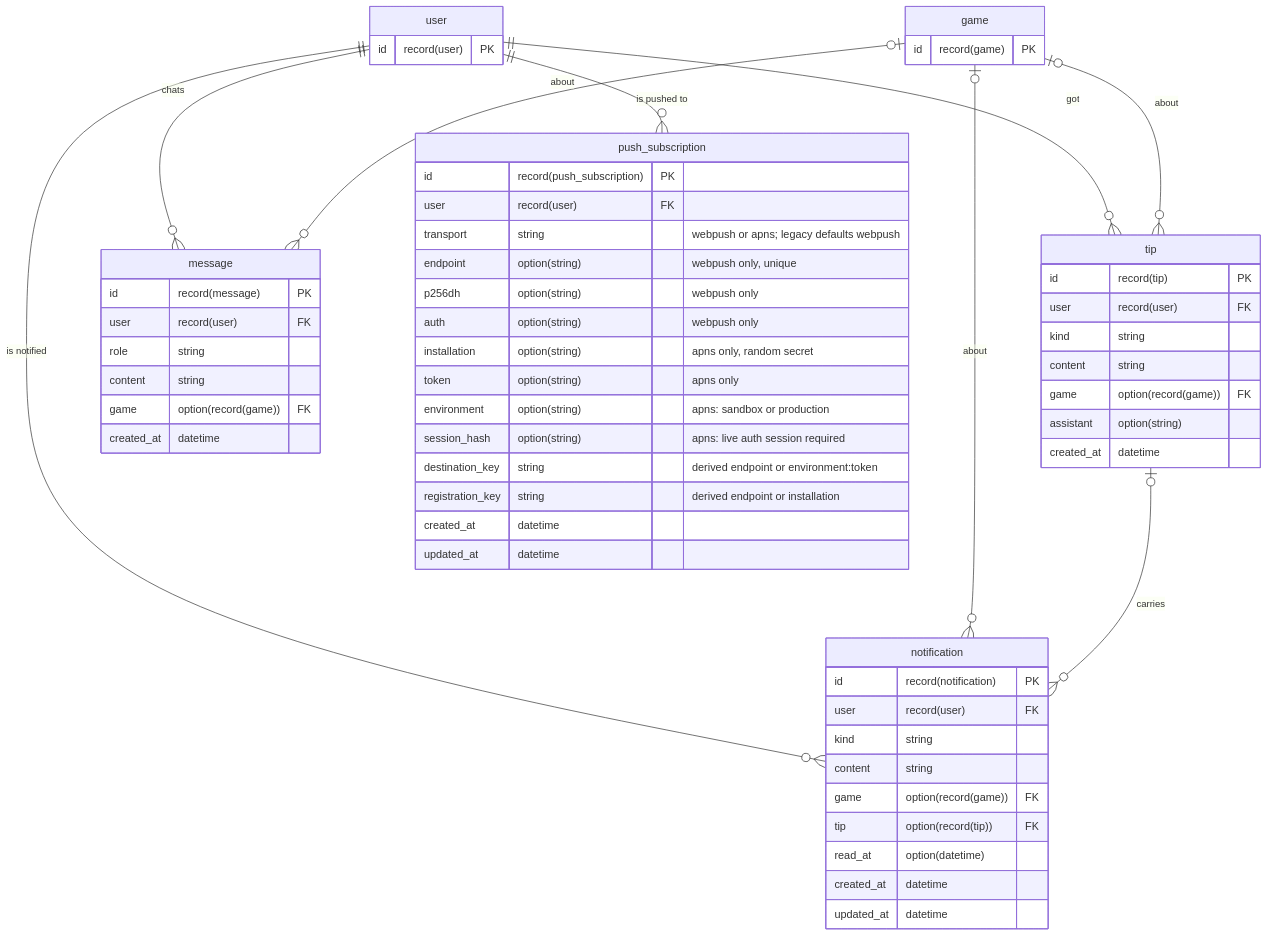
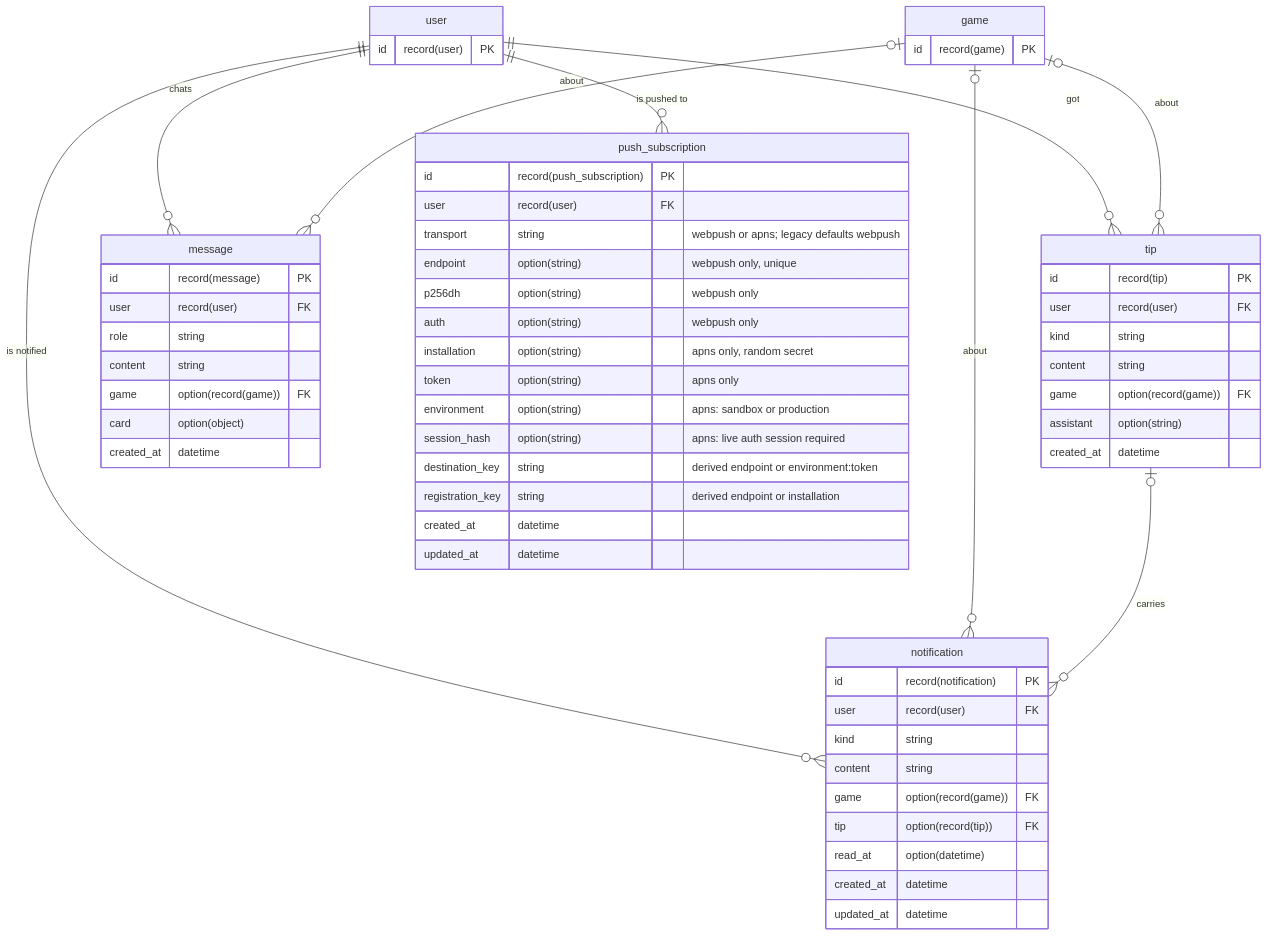
Before and after one commit to renatoaug/platjourney: the third of 5 diagrams in docs/design/04-database.md, drawn with Mermaid. The commit also changed other lines of this file and 36 other files, not shown here.

````diff
--- a/docs/design/04-database.md
+++ b/docs/design/04-database.md
@@ -195,61 +195,62 @@
 ```mermaid
 erDiagram
     user ||--o{ tip : "got"
     game |o--o{ tip : "about"
     user ||--o{ message : "chats"
     game |o--o{ message : "about"
     user ||--o{ notification : "is notified"
     game |o--o{ notification : "about"
     tip |o--o{ notification : "carries"
     user ||--o{ push_subscription : "is pushed to"
     tip {
         id record(tip) PK
         user record(user) FK
         kind string
         content string
         game option(record(game)) FK
         assistant option(string)
         created_at datetime
     }
     message {
         id record(message) PK
         user record(user) FK
         role string
         content string
         game option(record(game)) FK
+        card option(object)
         created_at datetime
     }
     notification {
         id record(notification) PK
         user record(user) FK
         kind string
         content string
         game option(record(game)) FK
         tip option(record(tip)) FK
         read_at option(datetime)
         created_at datetime
         updated_at datetime
     }
     push_subscription {
         id record(push_subscription) PK
         user record(user) FK
         transport string "webpush or apns; legacy defaults webpush"
         endpoint option(string) "webpush only, unique"
         p256dh option(string) "webpush only"
         auth option(string) "webpush only"
         installation option(string) "apns only, random secret"
         token option(string) "apns only"
         environment option(string) "apns: sandbox or production"
         session_hash option(string) "apns: live auth session required"
         destination_key string "derived endpoint or environment:token"
         registration_key string "derived endpoint or installation"
         created_at datetime
         updated_at datetime
     }
     user {
         id record(user) PK
     }
     game {
         id record(game) PK
     }
 ```
````
